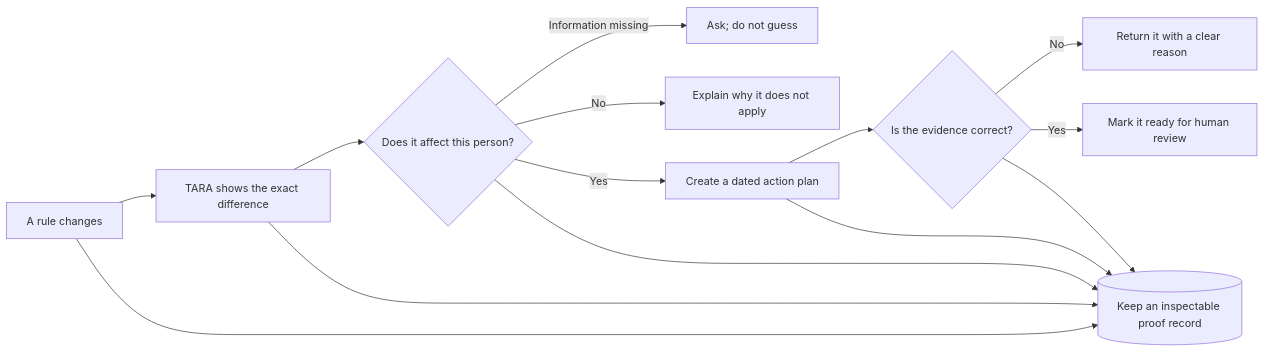
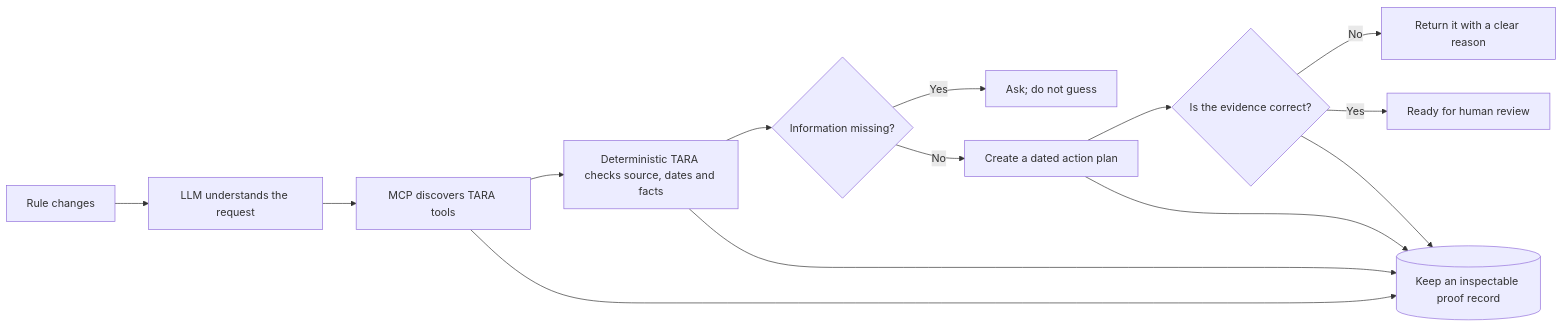
One commit to hbapuram/TARA-Regulatory-Change-Agent changed the diagram in README.md. Above: the diagram before and after it, drawn with Mermaid. The commit also changed other lines of this file and 17 other files, not shown here.

Commit message:
Integrate LLM orchestration and readable MCP trace

````diff
--- a/README.md
+++ b/README.md
@@ -7,12 +7,13 @@
 ```mermaid
 flowchart LR
-    A[A rule changes] --> B[TARA shows the exact difference]
-    B --> C{Does it affect this person?}
-    C -->|Information missing| D[Ask; do not guess]
-    C -->|No| E[Explain why it does not apply]
-    C -->|Yes| F[Create a dated action plan]
-    F --> G{Is the evidence correct?}
-    G -->|No| H[Return it with a clear reason]
-    G -->|Yes| I[Mark it ready for human review]
-    A & B & C & F & G --> J[(Keep an inspectable proof record)]
+    A[Rule changes] --> B[LLM understands the request]
+    B --> C[MCP discovers TARA tools]
+    C --> D[Deterministic TARA checks source, dates and facts]
+    D --> E{Information missing?}
+    E -->|Yes| F[Ask; do not guess]
+    E -->|No| G[Create a dated action plan]
+    G --> H{Is the evidence correct?}
+    H -->|No| I[Return it with a clear reason]
+    H -->|Yes| J[Ready for human review]
+    C & D & G & H --> K[(Keep an inspectable proof record)]
 ```
````
